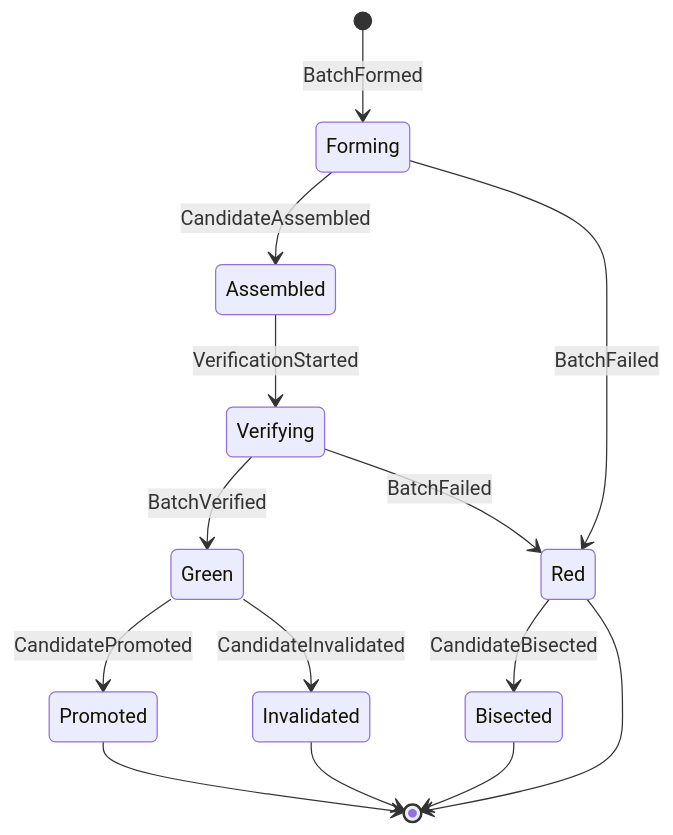
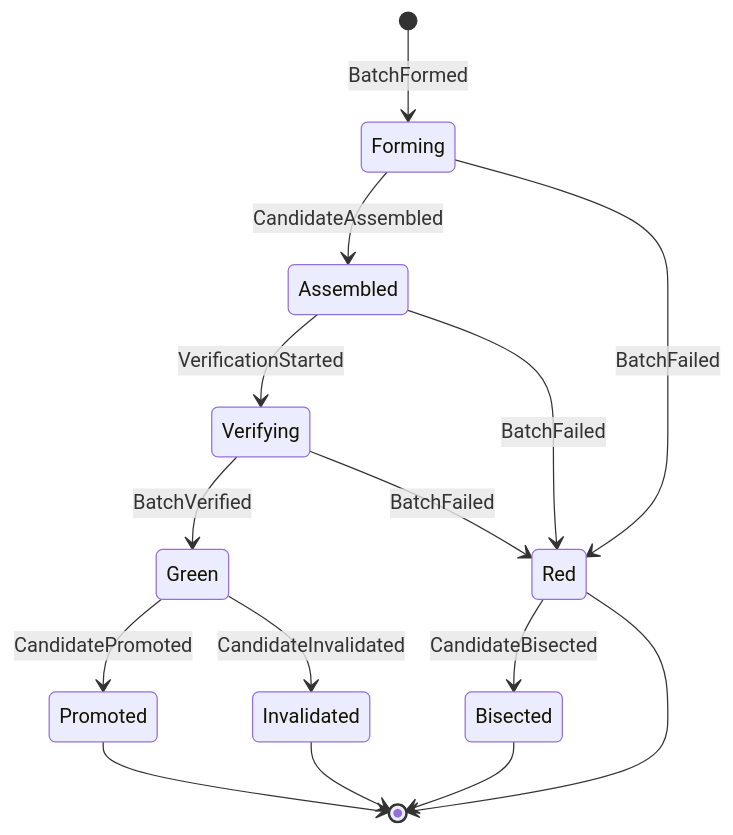
The fifth of 12 diagrams in docs/domain/state-machines.md (bimsonz/keel), drawn with Mermaid before and after one commit. The commit also changed other lines of this file and 7 other files, not shown here.

````diff
--- a/docs/domain/state-machines.md
+++ b/docs/domain/state-machines.md
@@ -290,16 +290,17 @@
 ```mermaid
 stateDiagram-v2
   [*] --> Forming: BatchFormed
   Forming --> Assembled: CandidateAssembled
   Forming --> Red: BatchFailed
   Assembled --> Verifying: VerificationStarted
+  Assembled --> Red: BatchFailed
   Verifying --> Green: BatchVerified
   Verifying --> Red: BatchFailed
   Green --> Promoted: CandidatePromoted
   Green --> Invalidated: CandidateInvalidated
   Red --> Bisected: CandidateBisected
   Red --> [*]
   Promoted --> [*]
   Invalidated --> [*]
   Bisected --> [*]
 ```
````
